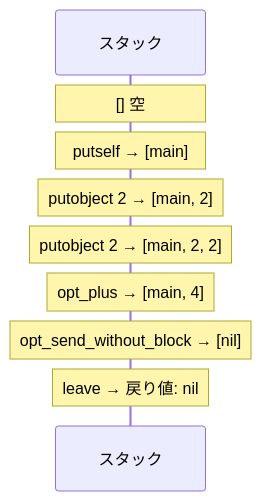
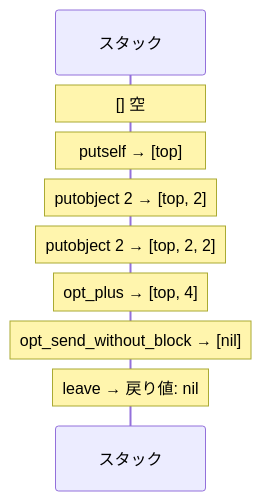
Before and after one commit to miyatis/slidev: the fifth of 6 diagrams in presentations/ruby-compile/slides.md, drawn with Mermaid. The commit also changed other lines of this file and 1 other file, not shown here.

````diff
--- a/presentations/ruby-compile/slides.md
+++ b/presentations/ruby-compile/slides.md
@@ -218,11 +218,11 @@
-```mermaid {scale: 0.75}
+```mermaid {scale: 0.6}
 sequenceDiagram
     participant S as スタック
     Note over S: [] 空
-    Note over S: putself → [main]
-    Note over S: putobject 2 → [main, 2]
-    Note over S: putobject 2 → [main, 2, 2]
-    Note over S: opt_plus → [main, 4]
+    Note over S: putself → [top]
+    Note over S: putobject 2 → [top, 2]
+    Note over S: putobject 2 → [top, 2, 2]
+    Note over S: opt_plus → [top, 4]
     Note over S: opt_send_without_block → [nil]
     Note over S: leave → 戻り値: nil
 ```
````
